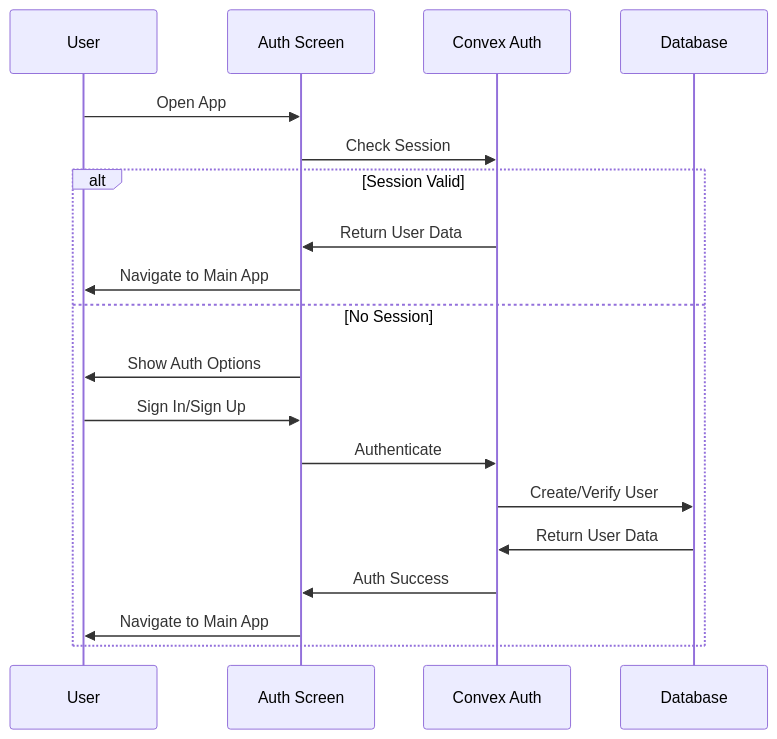
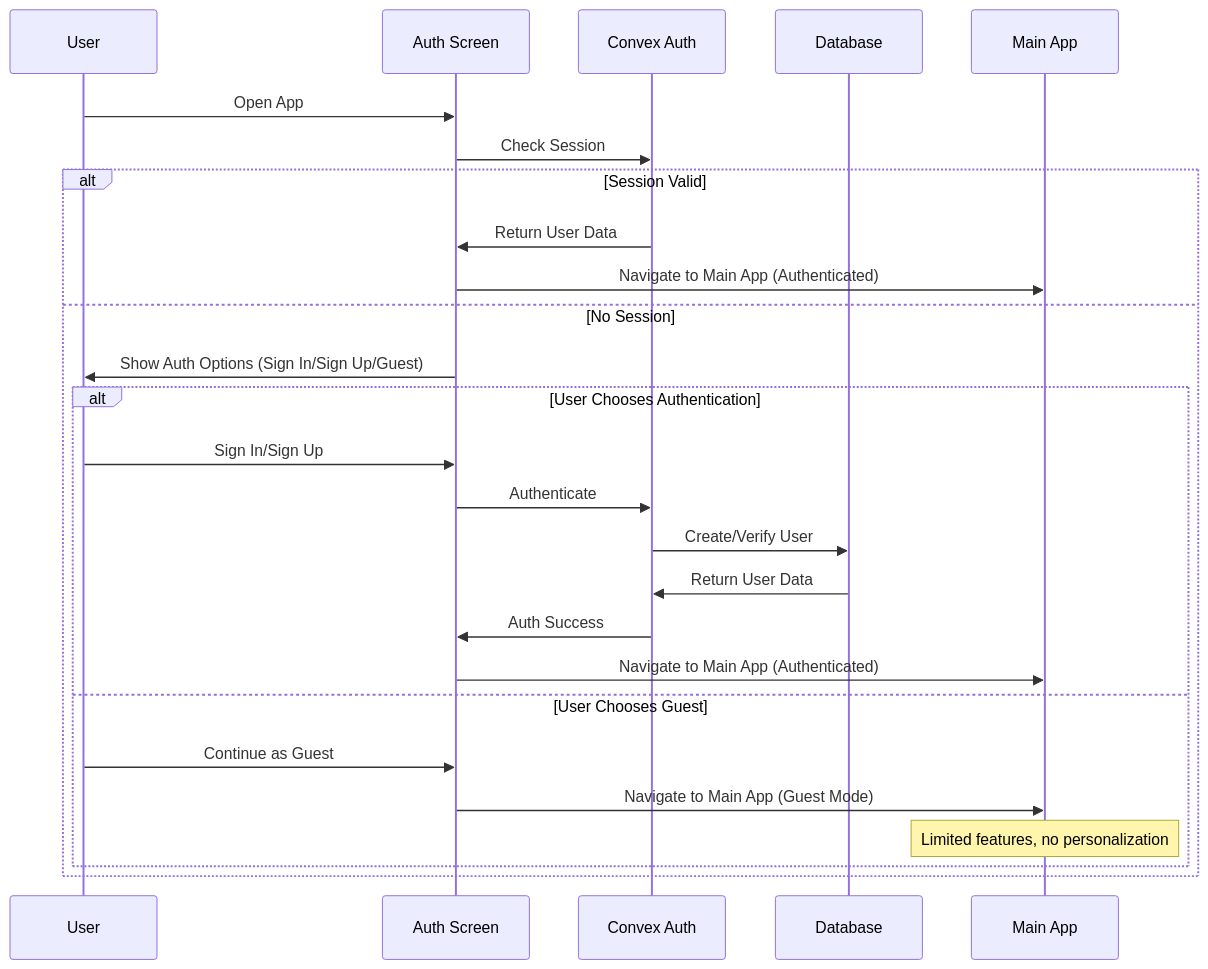
Before and after one commit to AmirZhou/aal: the second of 3 diagrams in .kiro/specs/user-authentication-and-enhanced-discovery/design.md, drawn with Mermaid. The commit also changed other lines of this file and 9 other files, not shown here.

````diff
--- a/.kiro/specs/user-authentication-and-enhanced-discovery/design.md
+++ b/.kiro/specs/user-authentication-and-enhanced-discovery/design.md
@@ -46,22 +64,29 @@
 ```mermaid
 sequenceDiagram
     participant U as User
     participant A as Auth Screen
     participant C as Convex Auth
     participant D as Database
+    participant M as Main App
     
     U->>A: Open App
     A->>C: Check Session
     alt Session Valid
         C->>A: Return User Data
-        A->>U: Navigate to Main App
+        A->>M: Navigate to Main App (Authenticated)
     else No Session
-        A->>U: Show Auth Options
-        U->>A: Sign In/Sign Up
-        A->>C: Authenticate
-        C->>D: Create/Verify User
-        D->>C: Return User Data
-        C->>A: Auth Success
-        A->>U: Navigate to Main App
+        A->>U: Show Auth Options (Sign In/Sign Up/Guest)
+        alt User Chooses Authentication
+            U->>A: Sign In/Sign Up
+            A->>C: Authenticate
+            C->>D: Create/Verify User
+            D->>C: Return User Data
+            C->>A: Auth Success
+            A->>M: Navigate to Main App (Authenticated)
+        else User Chooses Guest
+            U->>A: Continue as Guest
+            A->>M: Navigate to Main App (Guest Mode)
+            Note over M: Limited features, no personalization
+        end
     end
 ```
````
